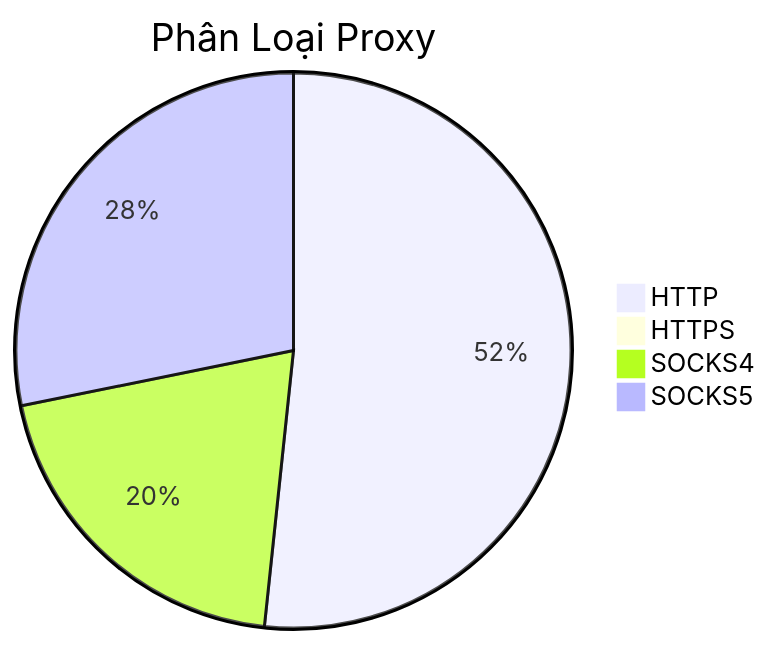
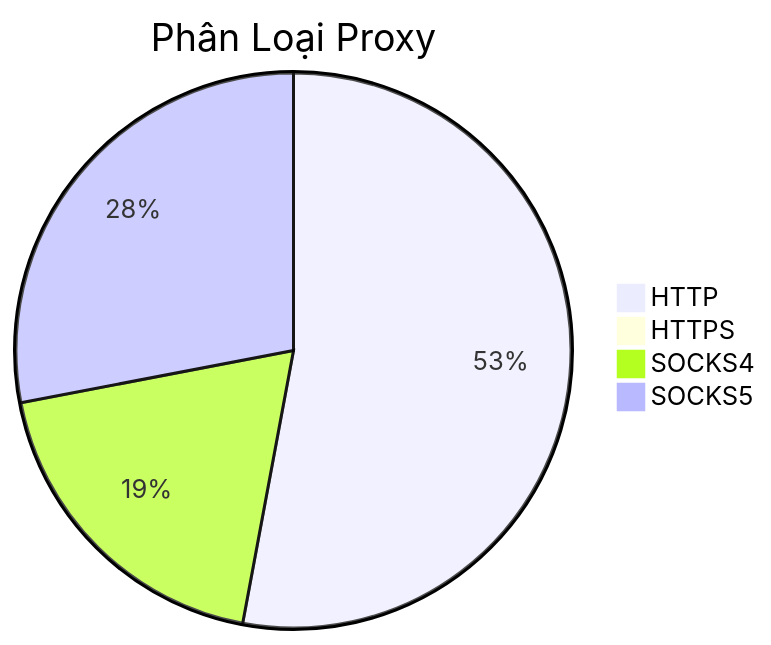
One commit to Ciara-12/PROXY-free changed the diagram in README.md. Above: the diagram before and after it, drawn with Mermaid. The commit also changed other lines of this file and 3 other files, not shown here.

````diff
--- a/README.md
+++ b/README.md
@@ -26,7 +26,7 @@
 ```mermaid
 pie title Phân Loại Proxy
-    "HTTP" : 834
+    "HTTP" : 975
     "HTTPS" : 0
-    "SOCKS4" : 325
-    "SOCKS5" : 455
+    "SOCKS4" : 351
+    "SOCKS5" : 516
 ```
````
